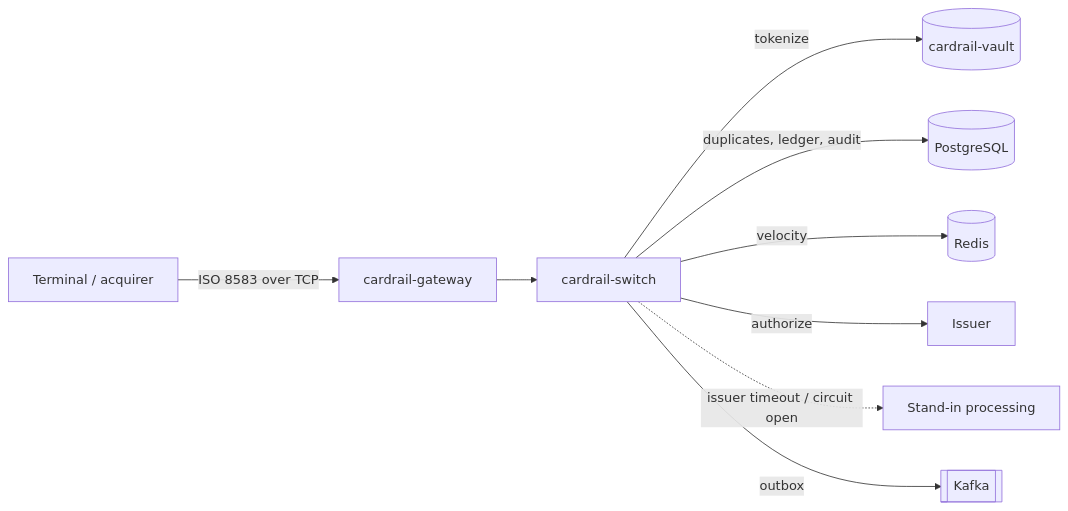
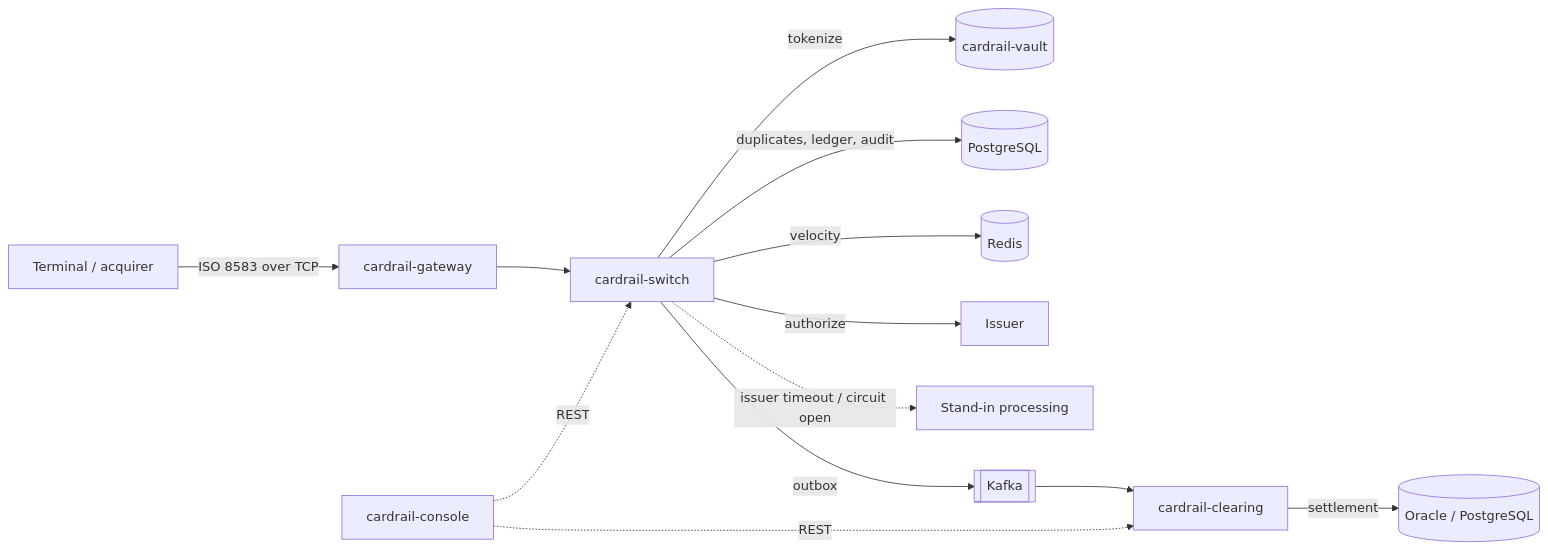
One commit to mightbeanshuu/cardrail changed the diagram in README.md. Above: the diagram before and after it, drawn with Mermaid. The commit also changed other lines of this file, not shown here.

Commit message:
List the clearing service and console in the README

````diff
--- a/README.md
+++ b/README.md
@@ -10,11 +10,15 @@
 ```mermaid
 flowchart LR
     T[Terminal / acquirer] -- ISO 8583 over TCP --> G[cardrail-gateway]
     G --> S[cardrail-switch]
     S -- tokenize --> V[(cardrail-vault)]
     S -- duplicates, ledger, audit --> P[(PostgreSQL)]
     S -- velocity --> R[(Redis)]
     S -- authorize --> I[Issuer]
     S -. issuer timeout / circuit open .-> STIP[Stand-in processing]
     S -- outbox --> K[[Kafka]]
+    K --> C[cardrail-clearing]
+    C -- settlement --> O[(Oracle / PostgreSQL)]
+    UI[cardrail-console] -. REST .-> S
+    UI -. REST .-> C
 ```
````
